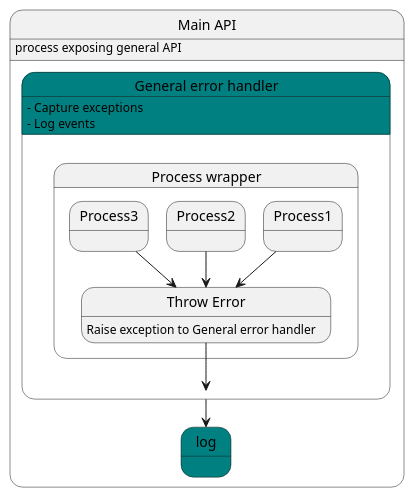
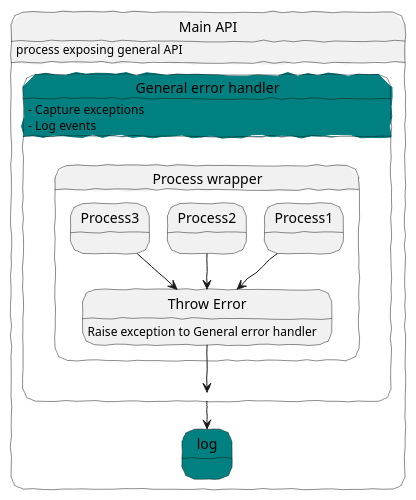
One commit to MaciejGGH/adoc_starter changed the third of 3 diagrams in test.adoc. Above: the diagram before and after it, drawn with PlantUML.

Commit message:
handwriting

```diff
--- a/test.adoc
+++ b/test.adoc
@@ -104,32 +104,33 @@
 [plantuml, error_handling, svg]
 ....
 @startuml
 skinparam state {
     backgroundColor<<shared>> teal
 }
+skinparam Handwritten true
 
 state main as "Main API" {
 main: process exposing general API
 
 	state error as "General error handler" <<shared>> {
     	state wrapper as "Process wrapper" {
         	state Process1
             state Process2
             state Process3
             state raise as "Throw Error"
             Process1 --> raise
             Process2 --> raise
             Process3 --> raise
         }
     	
     }
     state log <<shared>>
     raise --> error
     error --> log
 }
 
 error: - Capture exceptions
 error: - Log events
 raise: Raise exception to General error handler
 @enduml
 ....
```
